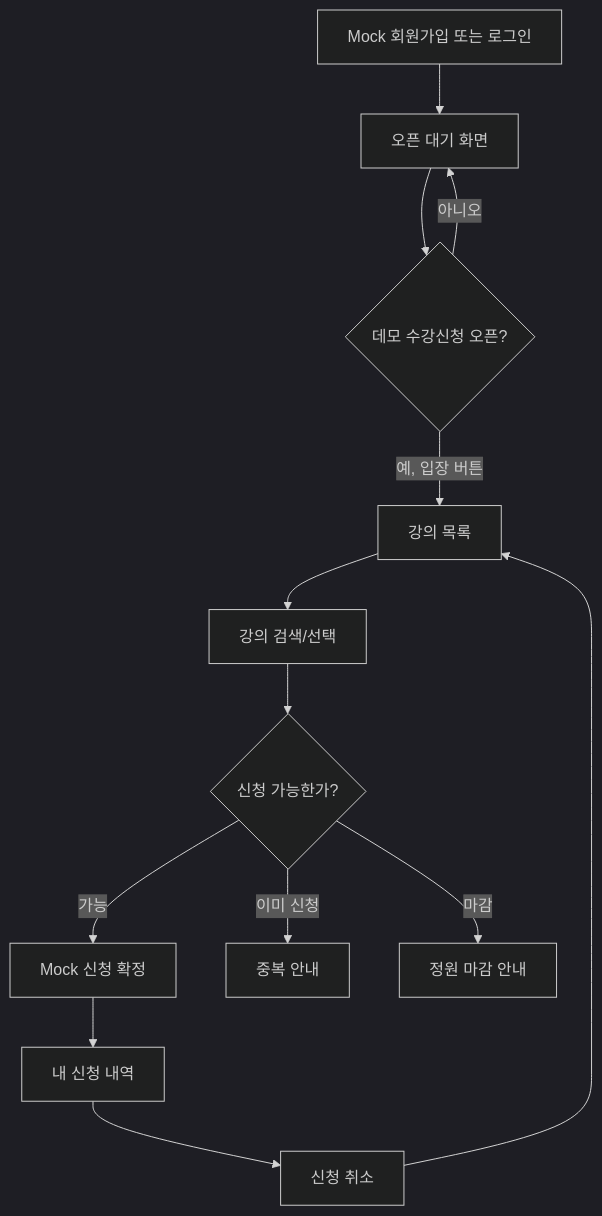
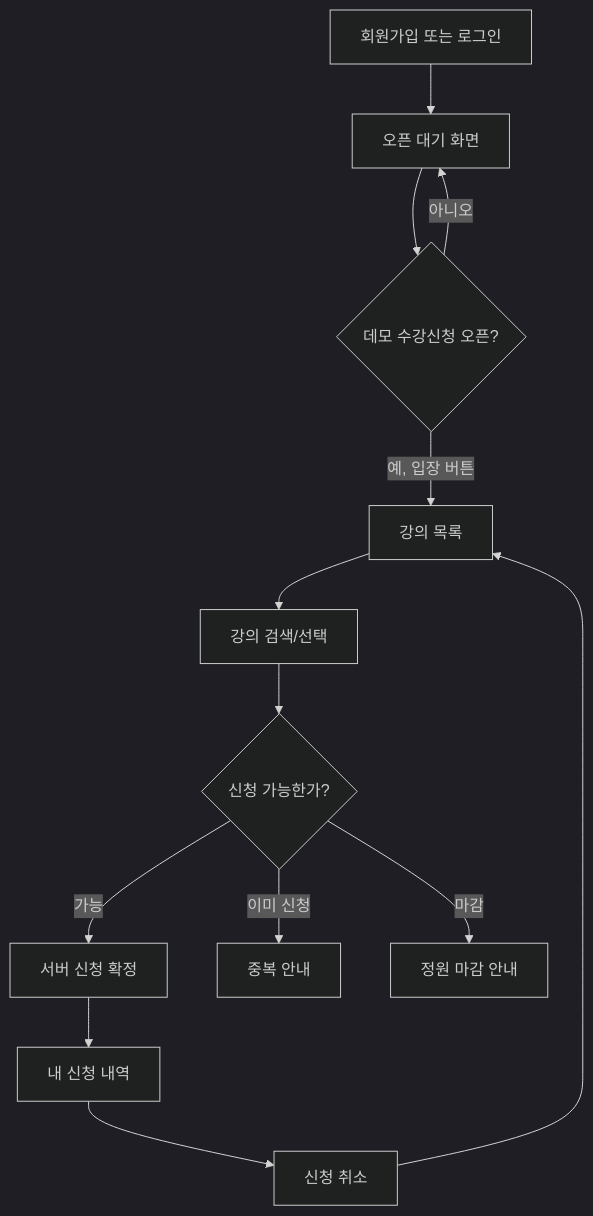
The diagram in docs/user-flow.md (HwangChulHee/course-registration-infra), drawn with Mermaid (dark theme) before and after one commit. The commit also changed other lines of this file and 50 other files, not shown here.

````diff
--- a/docs/user-flow.md
+++ b/docs/user-flow.md
@@ -15,15 +15,15 @@
 ```mermaid
 flowchart TD
-  A[Mock 회원가입 또는 로그인] --> B[오픈 대기 화면]
+  A[회원가입 또는 로그인] --> B[오픈 대기 화면]
   B --> C{데모 수강신청 오픈?}
   C -- 아니오 --> B
   C -- 예, 입장 버튼 --> D[강의 목록]
   D --> E[강의 검색/선택]
   E --> F{신청 가능한가?}
-  F -- 가능 --> G[Mock 신청 확정]
+  F -- 가능 --> G[서버 신청 확정]
   F -- 이미 신청 --> H[중복 안내]
   F -- 마감 --> I[정원 마감 안내]
   G --> J[내 신청 내역]
   J --> K[신청 취소]
   K --> D
 ```
````
